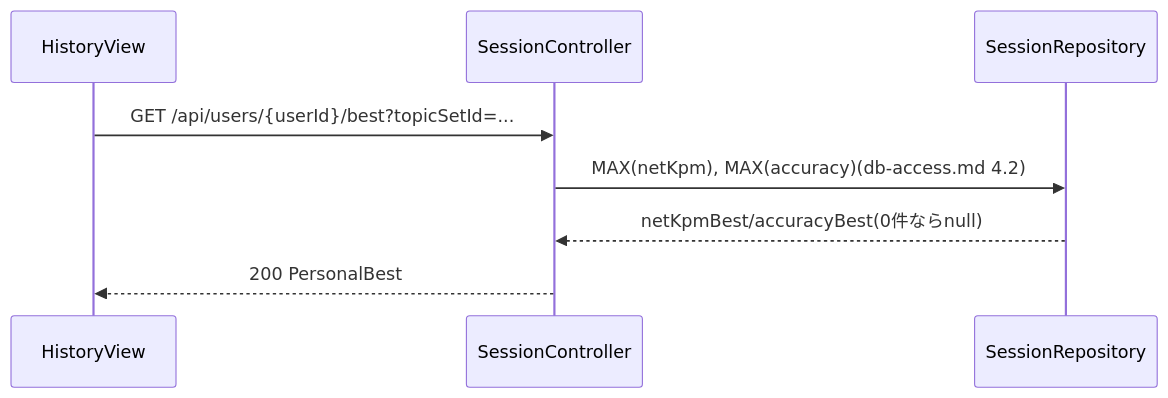
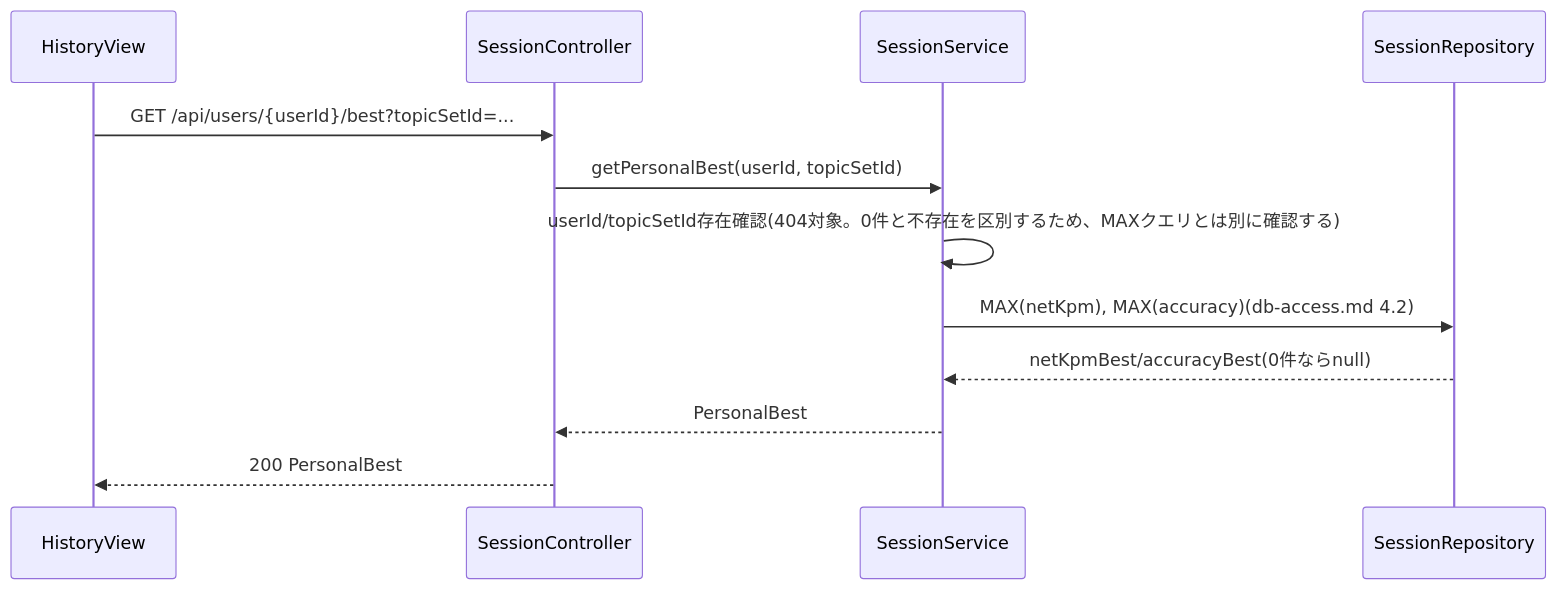
The third of 7 diagrams in docs/30_detail-design/sequence.md (jelly1128/typing-app), drawn with Mermaid before and after one commit. The commit also changed other lines of this file and 19 other files, not shown here.

````diff
--- a/docs/30_detail-design/sequence.md
+++ b/docs/30_detail-design/sequence.md
@@ -63,11 +76,15 @@
 ```mermaid
 sequenceDiagram
     participant View as HistoryView
     participant Ctrl as SessionController
+    participant Svc as SessionService
     participant Repo as SessionRepository
 
     View->>Ctrl: GET /api/users/{userId}/best?topicSetId=...
-    Ctrl->>Repo: MAX(netKpm), MAX(accuracy)(db-access.md 4.2)
-    Repo-->>Ctrl: netKpmBest/accuracyBest(0件ならnull)
+    Ctrl->>Svc: getPersonalBest(userId, topicSetId)
+    Svc->>Svc: userId/topicSetId存在確認(404対象。0件と不存在を区別するため、MAXクエリとは別に確認する)
+    Svc->>Repo: MAX(netKpm), MAX(accuracy)(db-access.md 4.2)
+    Repo-->>Svc: netKpmBest/accuracyBest(0件ならnull)
+    Svc-->>Ctrl: PersonalBest
     Ctrl-->>View: 200 PersonalBest
 ```
````
